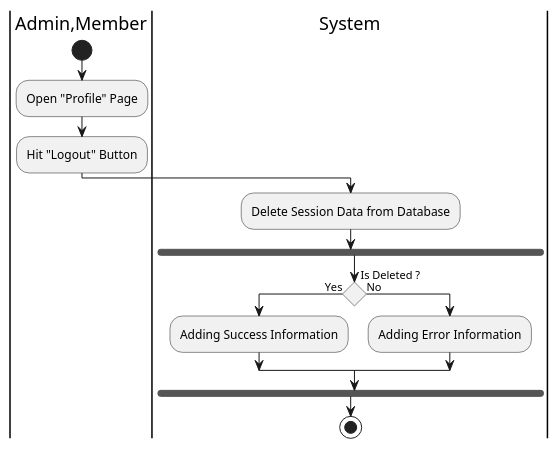
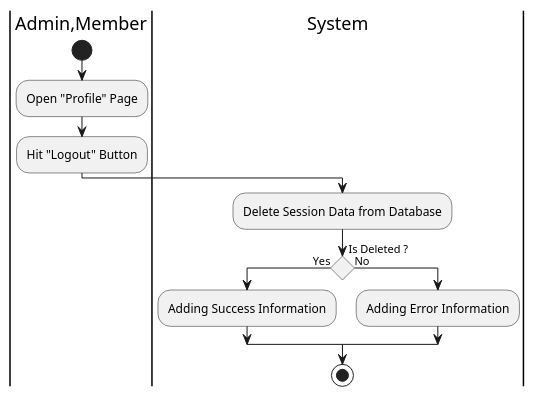
The diagram in Activity/Release01/Logout.wsd (fwidjaya20/fazzlearning-uml), drawn with PlantUML before and after one commit. The commit also changed 59 other files, not shown here.

```diff
--- a/Activity/Release01/Logout.wsd
+++ b/Activity/Release01/Logout.wsd
@@ -1,25 +1,23 @@
 @startuml Logout
 
 skinparam ConditionEndStyle hline
 skinparam conditionStyle diamond
 skinparam Monochrome true
 skinparam Shadowing false
 
 |Admin,Member|
 start
 :Open "Profile" Page;
 :Hit "Logout" Button;
 
 |System|
 :Delete Session Data from Database;
-fork
-    |System|
-    if (Is Deleted ?) then (Yes)
-        :Adding Success Information;
-    else (No)
-        :Adding Error Information;
-    endif
-endfork
+|System|
+if (Is Deleted ?) then (Yes)
+    :Adding Success Information;
+else (No)
+    :Adding Error Information;
+endif
 stop
 
 @enduml
```
